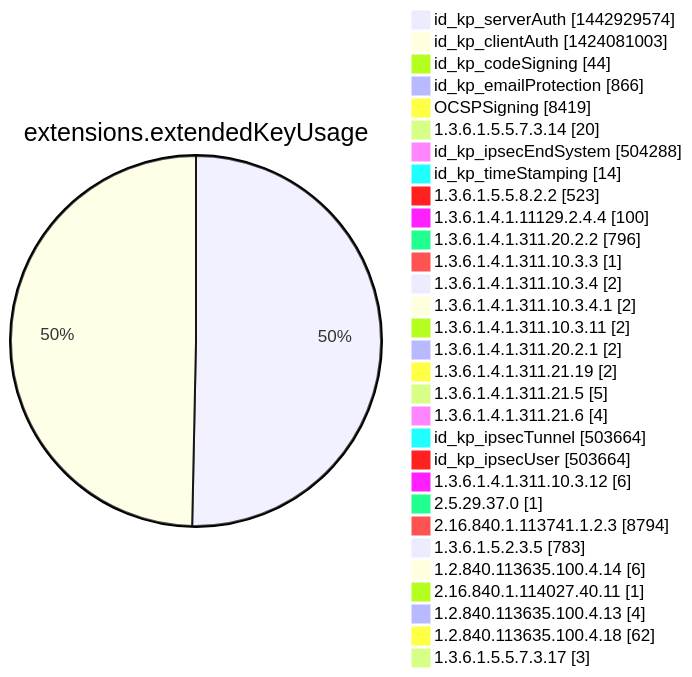
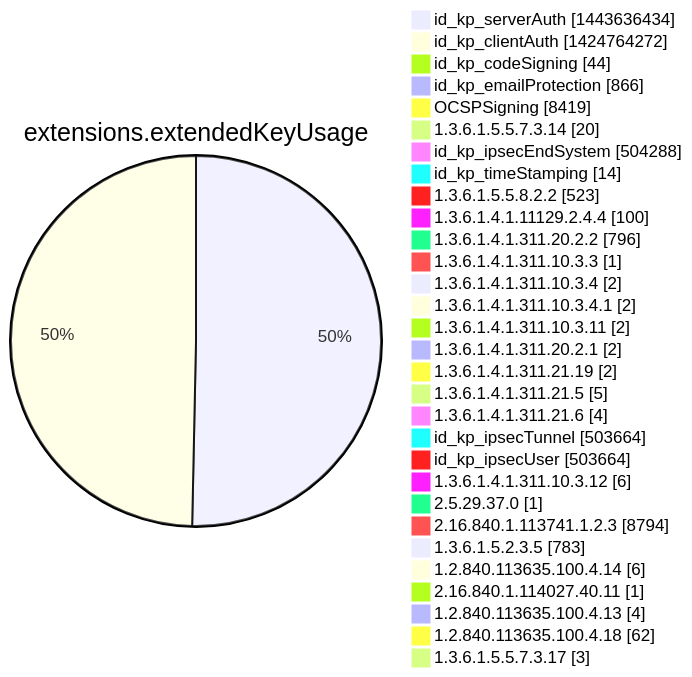
Before and after one commit to christiankrug/ctmonitor_visualization: diagram 12 of 15 in argon2022/README.md, drawn with Mermaid. The commit also changed other lines of this file, not shown here.

````diff
--- a/argon2022/README.md
+++ b/argon2022/README.md
@@ -3555,34 +3555,34 @@
 ```mermaid
 pie showData
 title extensions.extendedKeyUsage
-"id_kp_serverAuth" :1442929574
-"id_kp_clientAuth" :1424081003
+"id_kp_serverAuth" :1443636434
+"id_kp_clientAuth" :1424764272
 "id_kp_codeSigning" :44
 "id_kp_emailProtection" :866
 "OCSPSigning" :8419
 "1.3.6.1.5.5.7.3.14" :20
 "id_kp_ipsecEndSystem" :504288
 "id_kp_timeStamping" :14
 "1.3.6.1.5.5.8.2.2" :523
 "1.3.6.1.4.1.11129.2.4.4" :100
 "1.3.6.1.4.1.311.20.2.2" :796
 "1.3.6.1.4.1.311.10.3.3" :1
 "1.3.6.1.4.1.311.10.3.4" :2
 "1.3.6.1.4.1.311.10.3.4.1" :2
 "1.3.6.1.4.1.311.10.3.11" :2
 "1.3.6.1.4.1.311.20.2.1" :2
 "1.3.6.1.4.1.311.21.19" :2
 "1.3.6.1.4.1.311.21.5" :5
 "1.3.6.1.4.1.311.21.6" :4
 "id_kp_ipsecTunnel" :503664
 "id_kp_ipsecUser" :503664
 "1.3.6.1.4.1.311.10.3.12" :6
 "2.5.29.37.0" :1
 "2.16.840.1.113741.1.2.3" :8794
 "1.3.6.1.5.2.3.5" :783
 "1.2.840.113635.100.4.14" :6
 "2.16.840.1.114027.40.11" :1
 "1.2.840.113635.100.4.13" :4
 "1.2.840.113635.100.4.18" :62
 "1.3.6.1.5.5.7.3.17" :3
 ```
````
